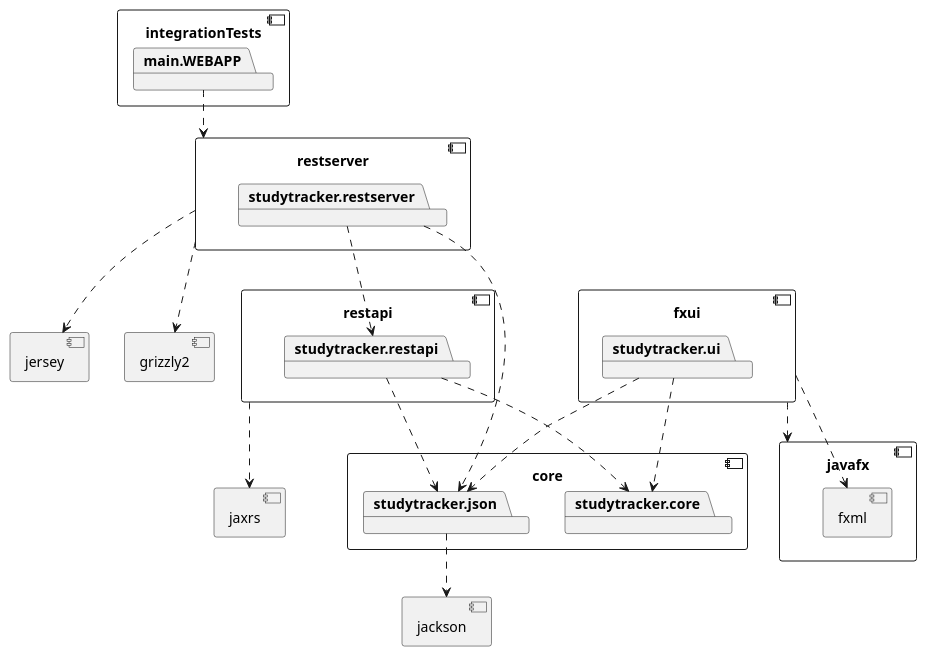
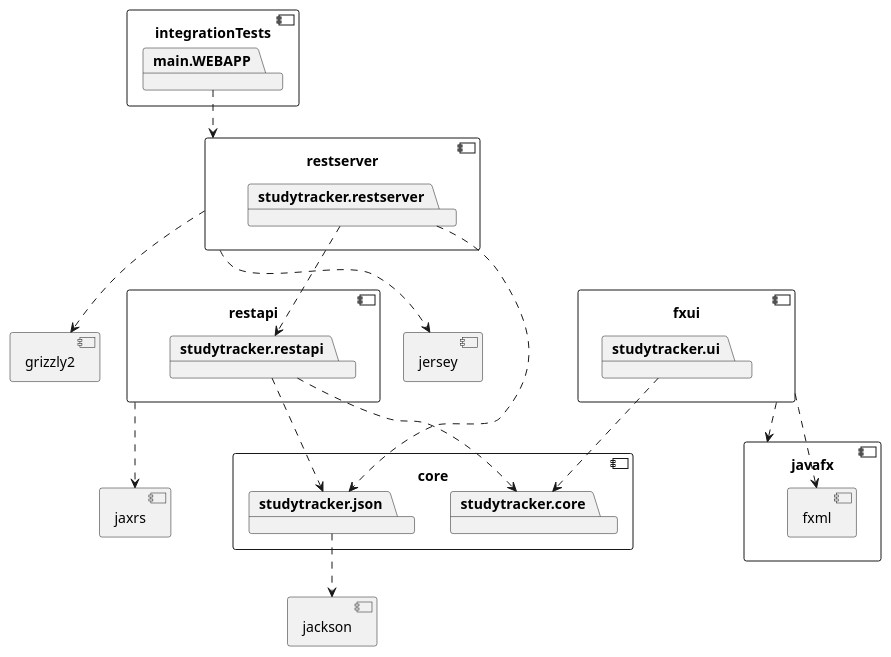
The fourth of 4 diagrams in IT1901/README.md (bmksimons/studytracker), drawn with PlantUML before and after one commit.

````diff
--- a/IT1901/README.md
+++ b/IT1901/README.md
@@ -173,66 +173,65 @@
 ```plantuml
 @startuml
 
 component restserver {
 }
 
 component core {
 	package studytracker.core
 	package studytracker.json
 }
 component jackson {
 }
 
 studytracker.json ..> jackson
 
 
 component fxui {
 	package studytracker.ui
 }
 
 component javafx {
 	component fxml {
 	}
 }
 
 fxui ..> javafx
 fxui ..> fxml
 
 studytracker.ui ..> studytracker.core
-studytracker.ui ..> studytracker.json
 
 component restapi {
 	package studytracker.restapi
 }
 
 component jaxrs {
 }
 
 restapi ..> jaxrs
 
 studytracker.restapi ..> studytracker.core
 studytracker.restapi ..> studytracker.json
 
 component restserver {
 	package studytracker.restserver
 }
 studytracker.restserver ..> studytracker.restapi
 
 component jersey {
 }
 
 component grizzly2 {
 }
 
 restserver ..> jersey
 restserver ..> grizzly2
 
 component integrationTests {
     package main.WEBAPP
 }
 
 main.WEBAPP ..> restserver
 studytracker.restserver ..> studytracker.json
 
 @enduml
 ```
````
